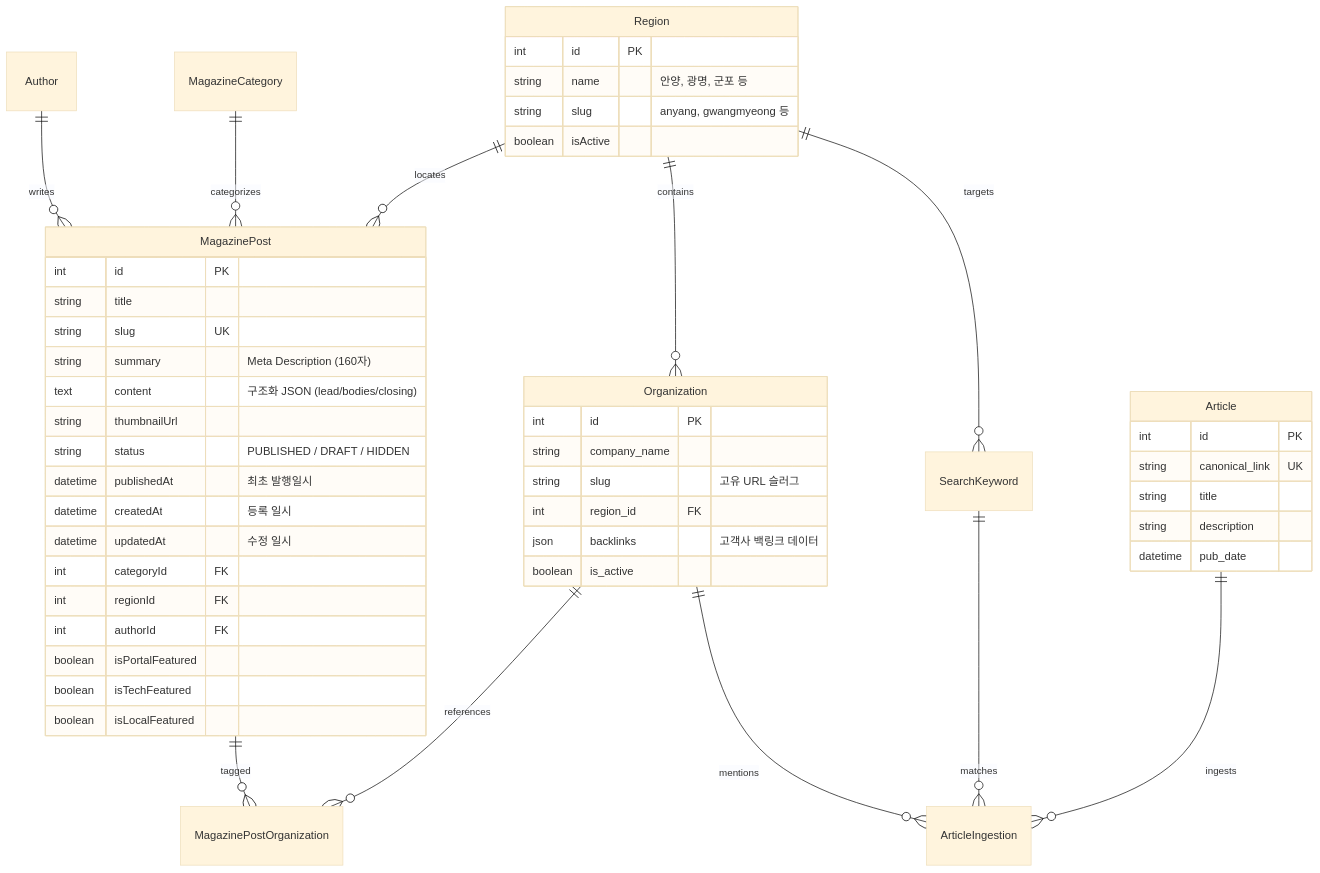
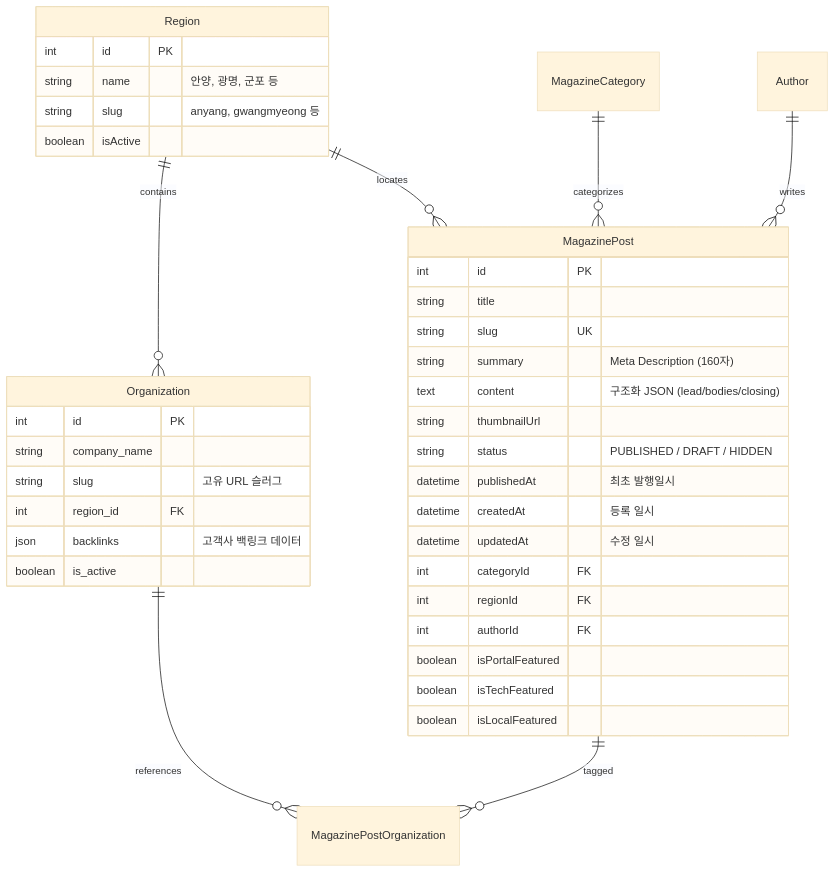
The diagram in ZINSIGHT_STRUCTURE_GUIDE.md (zindok-com/zinsight), drawn with Mermaid (base theme) before and after one commit. The commit also changed other lines of this file and 34 other files, not shown here.

````diff
--- a/ZINSIGHT_STRUCTURE_GUIDE.md
+++ b/ZINSIGHT_STRUCTURE_GUIDE.md
@@ -124,56 +117,44 @@
 ```mermaid
 erDiagram
     Region ||--o{ Organization : "contains"
-    Region ||--o{ SearchKeyword : "targets"
     Region ||--o{ MagazinePost : "locates"
     Organization ||--o{ MagazinePostOrganization : "references"
     MagazinePost ||--o{ MagazinePostOrganization : "tagged"
     MagazineCategory ||--o{ MagazinePost : "categorizes"
     Author ||--o{ MagazinePost : "writes"
-    Article ||--o{ ArticleIngestion : "ingests"
-    SearchKeyword ||--o{ ArticleIngestion : "matches"
-    Organization ||--o{ ArticleIngestion : "mentions"
 
     Region {
         int id PK
         string name "안양, 광명, 군포 등"
         string slug "anyang, gwangmyeong 등"
         boolean isActive
     }
 
     Organization {
         int id PK
         string company_name
         string slug "고유 URL 슬러그"
         int region_id FK
         json backlinks "고객사 백링크 데이터"
         boolean is_active
     }
 
     MagazinePost {
         int id PK
         string title
         string slug UK
         string summary "Meta Description (160자)"
         text content "구조화 JSON (lead/bodies/closing)"
         string thumbnailUrl
         string status "PUBLISHED / DRAFT / HIDDEN"
         datetime publishedAt "최초 발행일시"
         datetime createdAt "등록 일시"
         datetime updatedAt "수정 일시"
         int categoryId FK
         int regionId FK
         int authorId FK
         boolean isPortalFeatured
         boolean isTechFeatured
         boolean isLocalFeatured
     }
-
-    Article {
-        int id PK
-        string canonical_link UK
-        string title
-        string description
-        datetime pub_date
-    }
 ```
````
